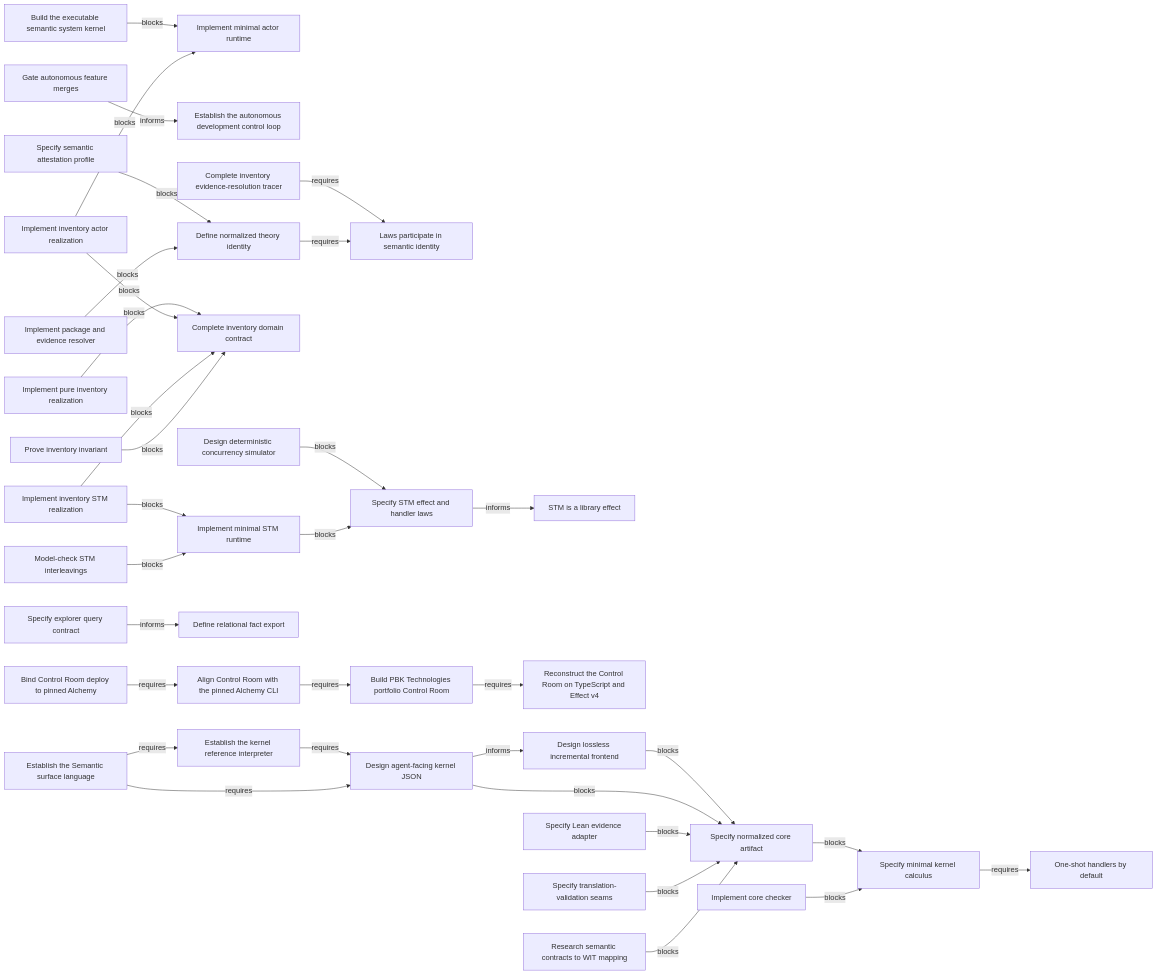
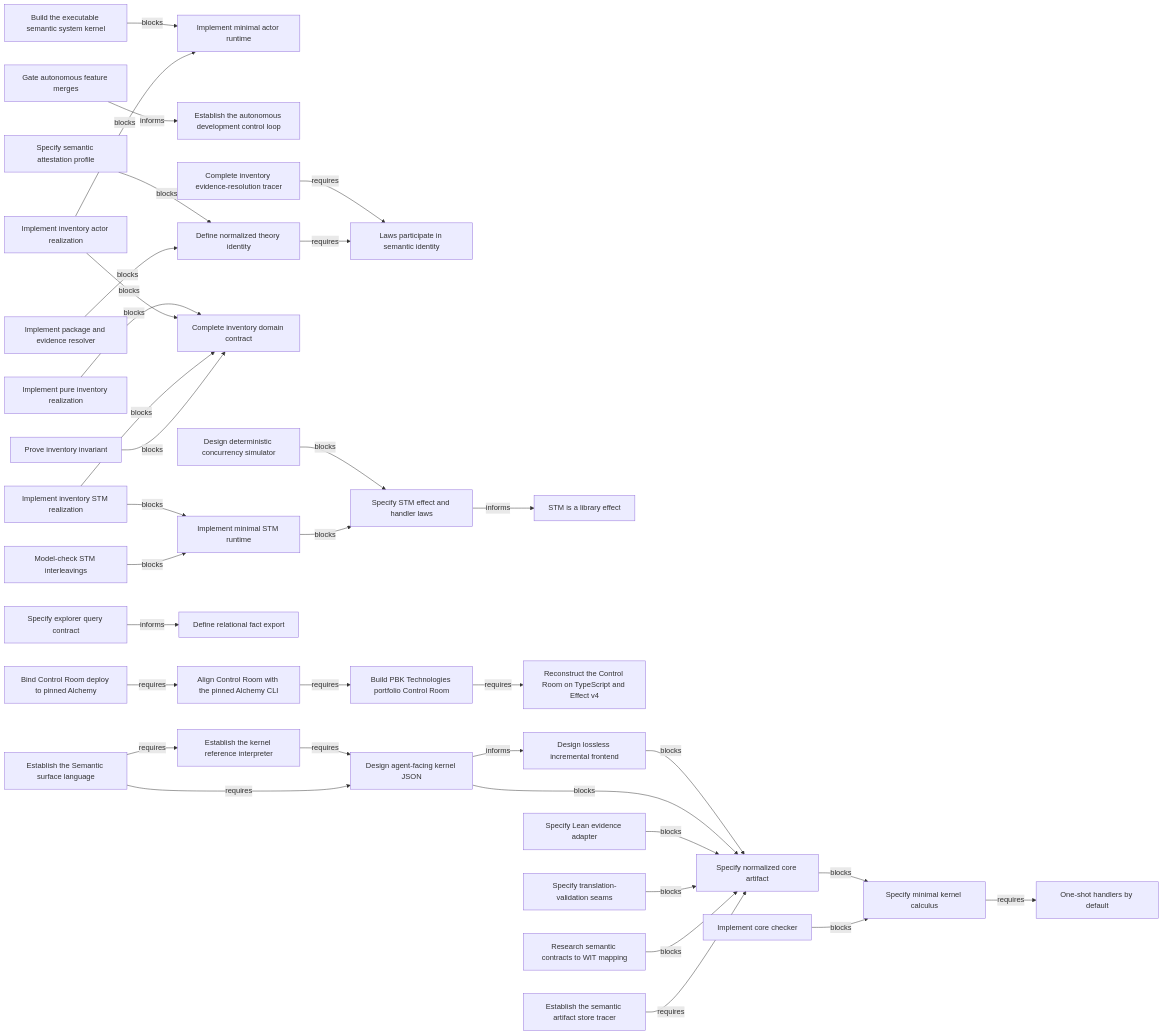
Before and after one commit to phibkro/semantic-systems: the diagram in generated/05-work-dependencies.md, drawn with Mermaid. The commit also changed 11 other files, not shown here.

First line of the commit message:
feat(language): add semantic artifact store tracer (#11)

````diff
--- a/generated/05-work-dependencies.md
+++ b/generated/05-work-dependencies.md
@@ -5,71 +5,73 @@
 ```mermaid
 flowchart LR
     decision_gated_autonomous_merges["Gate autonomous feature merges"]
     decision_one_shot["One-shot handlers by default"]
     decision_stm_library["STM is a library effect"]
     decision_theory_identity["Laws participate in semantic identity"]
     work_actor_runtime["Implement minimal actor runtime"]
     work_agent_facing_kernel_json["Design agent-facing kernel JSON"]
     work_autonomous_development_loop["Establish the autonomous development control loop"]
     work_control_room_alchemy_cli_compat["Align Control Room with the pinned Alchemy CLI"]
     work_control_room_pinned_alchemy_workspace["Bind Control Room deploy to pinned Alchemy"]
     work_control_room_reconstruction["Reconstruct the Control Room on TypeScript and Effect v4"]
     work_core_checker["Implement core checker"]
     work_deterministic_simulator_spec["Design deterministic concurrency simulator"]
     work_executable_semantic_system_kernel["Build the executable semantic system kernel"]
     work_explorer_query_contract["Specify explorer query contract"]
     work_inventory_actor["Implement inventory actor realization"]
     work_inventory_design["Complete inventory domain contract"]
     work_inventory_proof["Prove inventory invariant"]
     work_inventory_pure["Implement pure inventory realization"]
     work_inventory_resolution_tracer["Complete inventory evidence-resolution tracer"]
     work_inventory_stm["Implement inventory STM realization"]
     work_kernel_reference_interpreter["Establish the kernel reference interpreter"]
     work_kernel_spec["Specify minimal kernel calculus"]
     work_lean_evidence_adapter["Specify Lean evidence adapter"]
     work_lossless_frontend_spec["Design lossless incremental frontend"]
     work_normalized_core_format["Specify normalized core artifact"]
     work_package_resolver["Implement package and evidence resolver"]
     work_pbk_portfolio_control_room["Build PBK Technologies portfolio Control Room"]
     work_relational_fact_schema["Define relational fact export"]
+    work_semantic_artifact_store["Establish the semantic artifact store tracer"]
     work_semantic_attestation_profile["Specify semantic attestation profile"]
     work_semantic_surface_language["Establish the Semantic surface language"]
     work_stm_laws["Specify STM effect and handler laws"]
     work_stm_model_check["Model-check STM interleavings"]
     work_stm_runtime["Implement minimal STM runtime"]
     work_theory_identity["Define normalized theory identity"]
     work_translation_validation_spec["Specify translation-validation seams"]
     work_wasm_contract_mapping["Research semantic contracts to WIT mapping"]
     work_control_room_alchemy_cli_compat -->|requires| work_pbk_portfolio_control_room
     work_control_room_pinned_alchemy_workspace -->|requires| work_control_room_alchemy_cli_compat
     decision_gated_autonomous_merges -->|informs| work_autonomous_development_loop
     work_executable_semantic_system_kernel -->|blocks| work_actor_runtime
     work_inventory_resolution_tracer -->|requires| decision_theory_identity
     work_kernel_reference_interpreter -->|requires| work_agent_facing_kernel_json
     work_pbk_portfolio_control_room -->|requires| work_control_room_reconstruction
     work_normalized_core_format -->|blocks| work_kernel_spec
     work_lossless_frontend_spec -->|blocks| work_normalized_core_format
     work_agent_facing_kernel_json -->|blocks| work_normalized_core_format
     work_agent_facing_kernel_json -->|informs| work_lossless_frontend_spec
     work_lean_evidence_adapter -->|blocks| work_normalized_core_format
     work_translation_validation_spec -->|blocks| work_normalized_core_format
     work_semantic_attestation_profile -->|blocks| work_theory_identity
     work_wasm_contract_mapping -->|blocks| work_normalized_core_format
     work_deterministic_simulator_spec -->|blocks| work_stm_laws
     work_explorer_query_contract -->|informs| work_relational_fact_schema
+    work_semantic_artifact_store -->|requires| work_normalized_core_format
     work_semantic_surface_language -->|requires| work_agent_facing_kernel_json
     work_semantic_surface_language -->|requires| work_kernel_reference_interpreter
     work_core_checker -->|blocks| work_kernel_spec
     work_kernel_spec -->|requires| decision_one_shot
     work_theory_identity -->|requires| decision_theory_identity
     work_package_resolver -->|blocks| work_theory_identity
     work_inventory_pure -->|blocks| work_inventory_design
     work_inventory_actor -->|blocks| work_inventory_design
     work_inventory_actor -->|blocks| work_actor_runtime
     work_stm_laws -->|informs| decision_stm_library
     work_stm_runtime -->|blocks| work_stm_laws
     work_inventory_stm -->|blocks| work_inventory_design
     work_inventory_stm -->|blocks| work_stm_runtime
     work_inventory_proof -->|blocks| work_inventory_design
     work_stm_model_check -->|blocks| work_stm_runtime
 ```
````
